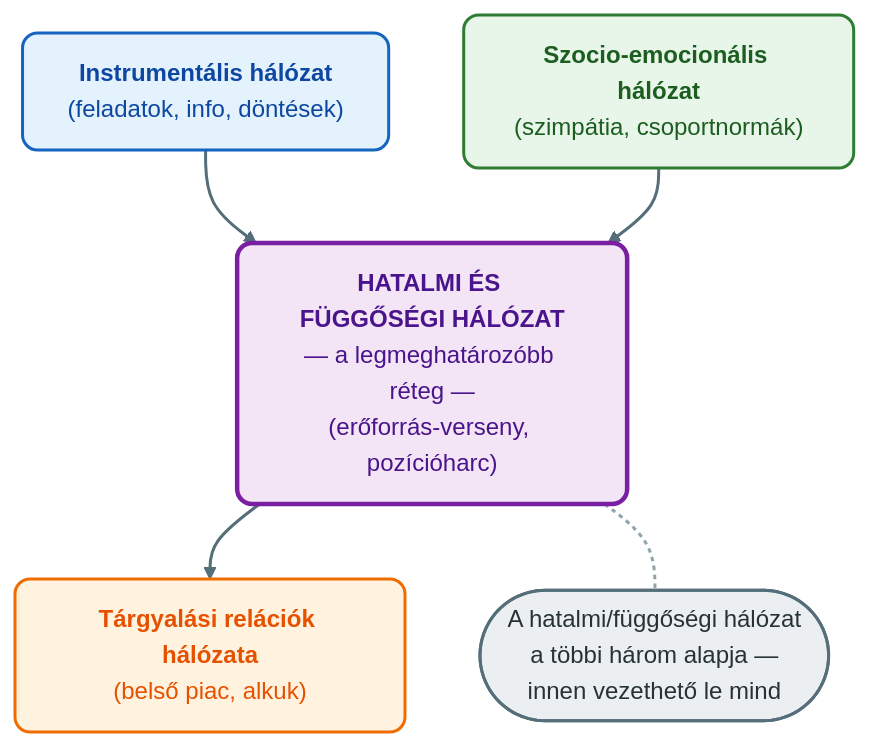
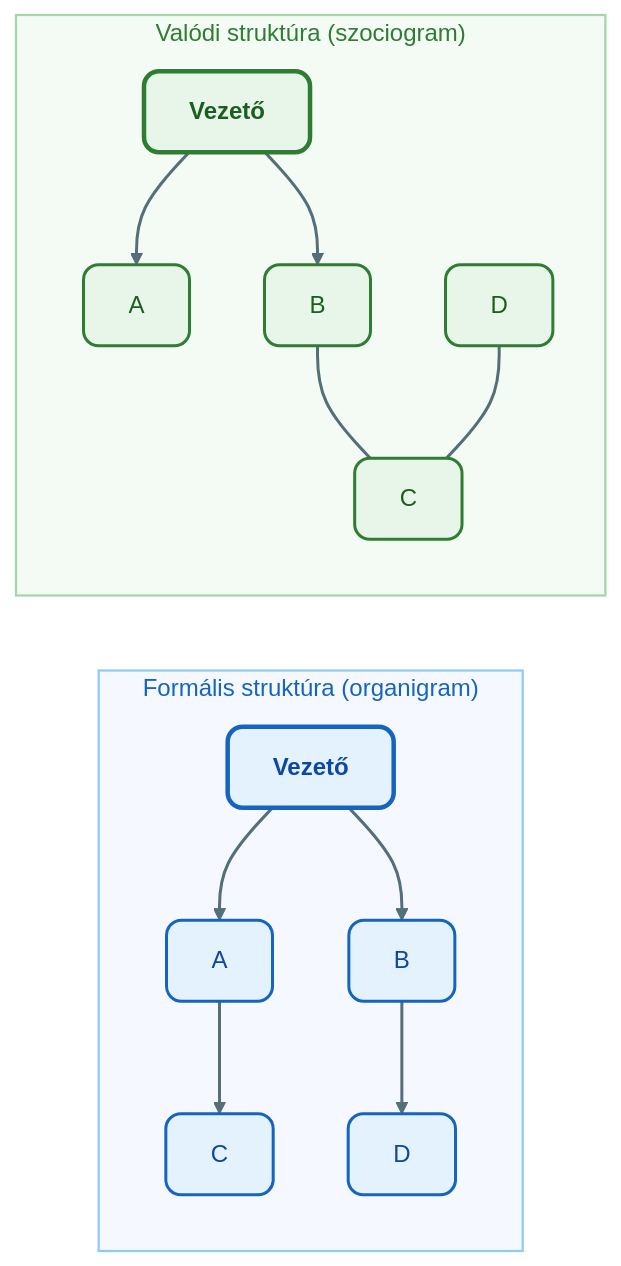
The second of 3 diagrams in Tételek/V16-GMXVU2MBLF-Vállalat komplex hálózati modellje.tétel.md (denespocsik/MM_BSC_Zarovizsga), drawn with Mermaid (forest theme) before and after one commit. The commit also changed other lines of this file and 2 other files, not shown here.

````diff
--- a/Tételek/V16-GMXVU2MBLF-Vállalat komplex hálózati modellje.tétel.md
+++ b/Tételek/V16-GMXVU2MBLF-Vállalat komplex hálózati modellje.tétel.md
@@ -72,23 +100,33 @@
 ```mermaid
-flowchart TD
-    I["<b>Instrumentális hálózat</b><br/>(feladatok, info, döntések)"]:::kek
-    S["<b>Szocio-emocionális hálózat</b><br/>(szimpátia, csoportnormák)"]:::zold
-    P["<b>HATALMI ÉS FÜGGŐSÉGI HÁLÓZAT</b><br/>— a legmeghatározóbb réteg —<br/>(erőforrás-verseny, pozícióharc)"]:::lilaH
-    T["<b>Tárgyalási relációk hálózata</b><br/>(belső piac, alkuk)"]:::narancs
+flowchart LR
+    subgraph FORM["Formális struktúra (organigram)"]
+        direction TB
+        IG1["<b>Vezető</b>"]:::kekH
+        FA["A"]:::kek & FB["B"]:::kek
+        FC["C"]:::kek
+        FD["D"]:::kek
+        IG1 --> FA & FB
+        FA --> FC
+        FB --> FD
+    end
+    subgraph VAL["Valódi struktúra (szociogram)"]
+        direction TB
+        IG2["<b>Vezető</b>"]:::zoldH
+        VA["A"]:::zold & VB["B"]:::zold
+        VC["C"]:::zold
+        VD["D"]:::zold
+        IG2 --> VA & VB
+        VB --- VC
+        VD --- VC
+    end
 
-    I --> P
-    S --> P
-    P --> T
+    classDef kek   fill:#e3f2fd,stroke:#1565c0,stroke-width:2px,color:#0d47a1,rx:10,ry:10;
+    classDef kekH  fill:#e3f2fd,stroke:#1565c0,stroke-width:3px,color:#0d47a1,rx:10,ry:10;
+    classDef zold  fill:#e8f5e9,stroke:#2e7d32,stroke-width:2px,color:#1b5e20,rx:10,ry:10;
+    classDef zoldH fill:#e8f5e9,stroke:#2e7d32,stroke-width:3px,color:#1b5e20,rx:10,ry:10;
 
-    NOTE(["A hatalmi/függőségi hálózat<br/>a többi három alapja —<br/>innen vezethető le mind"]):::szurke
-    P --- NOTE
-
-    classDef kek     fill:#e3f2fd,stroke:#1565c0,stroke-width:2px,color:#0d47a1,rx:10,ry:10;
-    classDef zold    fill:#e8f5e9,stroke:#2e7d32,stroke-width:2px,color:#1b5e20,rx:10,ry:10;
-    classDef narancs fill:#fff3e0,stroke:#ef6c00,stroke-width:2px,color:#e65100,rx:10,ry:10;
-    classDef lilaH   fill:#f3e5f5,stroke:#7b1fa2,stroke-width:3px,color:#4a148c,rx:10,ry:10;
-    classDef szurke  fill:#eceff1,stroke:#546e7a,stroke-width:2px,color:#263238,rx:10,ry:10;
+    style FORM fill:#f5f9ff,stroke:#90caf9,stroke-width:1.5px,color:#1565c0;
+    style VAL  fill:#f4fbf5,stroke:#a5d6a7,stroke-width:1.5px,color:#2e7d32;
 
     linkStyle default stroke:#546e7a,stroke-width:2px;
-    linkStyle 3 stroke:#90a4ae,stroke-width:2px,stroke-dasharray: 3 3;
 ```
````
